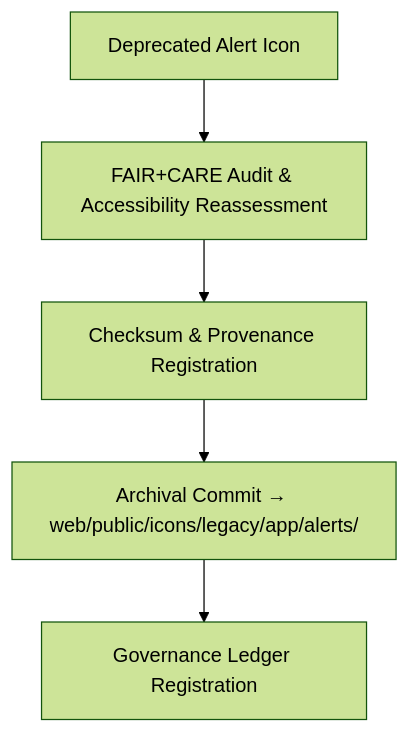
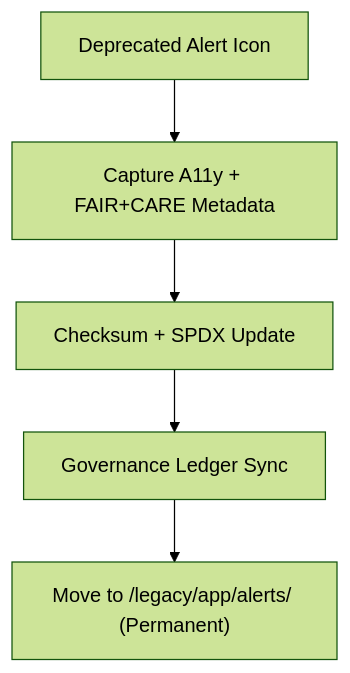
Before and after one commit to bartytime4life/Kansas-Frontier-Matrix: the diagram in web/public/icons/legacy/app/alerts/README.md, drawn with Mermaid (forest theme). The commit also changed other lines of this file, not shown here.

````diff
--- a/web/public/icons/legacy/app/alerts/README.md
+++ b/web/public/icons/legacy/app/alerts/README.md
@@ -64,7 +55,7 @@
 ```mermaid
 flowchart TD
-    A["Deprecated Alert Icon"] --> B["FAIR+CARE Audit & Accessibility Reassessment"]
-    B --> C["Checksum & Provenance Registration"]
-    C --> D["Archival Commit → web/public/icons/legacy/app/alerts/"]
-    D --> E["Governance Ledger Registration"]
+A["Deprecated Alert Icon"] --> B["Capture A11y + FAIR+CARE Metadata"]
+B --> C["Checksum + SPDX Update"]
+C --> D["Governance Ledger Sync"]
+D --> E["Move to /legacy/app/alerts/ (Permanent)"]
 ```
````
